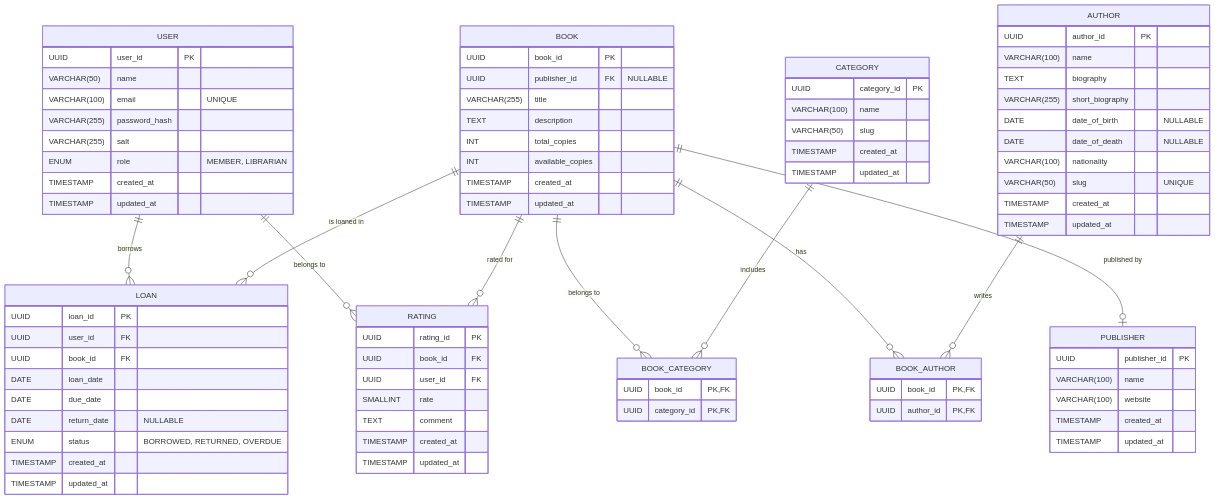
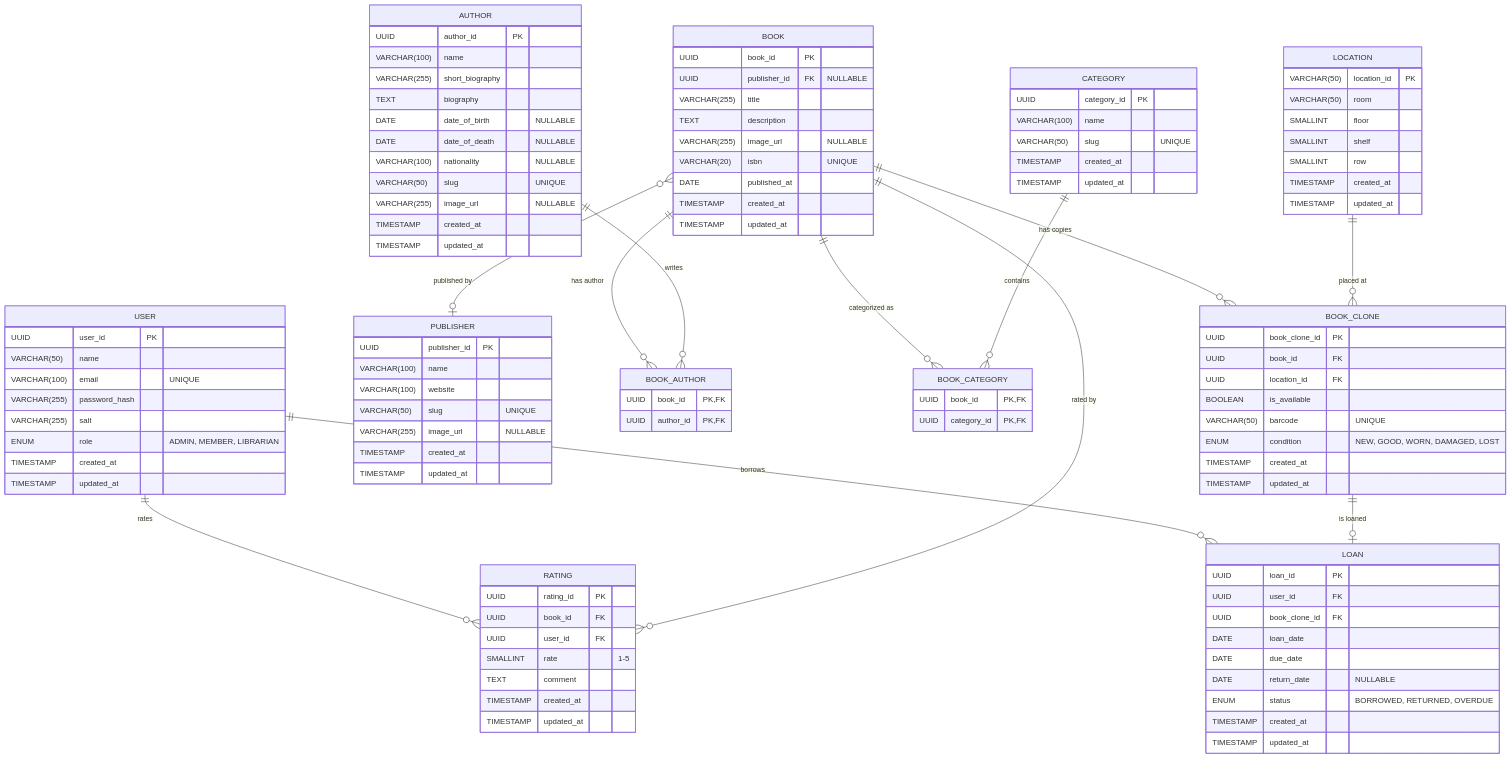
One commit to 2giosangmitom/library-management changed the diagram in README.md. Above: the diagram before and after it, drawn with Mermaid. The commit also changed 122 other files, not shown here.

````diff
--- a/README.md
+++ b/README.md
@@ -14,7 +14,7 @@
     VARCHAR(100) email "UNIQUE"
     VARCHAR(255) password_hash
     VARCHAR(255) salt
-    ENUM role "MEMBER, LIBRARIAN"
+    ENUM role "ADMIN, MEMBER, LIBRARIAN"
     TIMESTAMP created_at
     TIMESTAMP updated_at
   }
@@ -22,7 +22,7 @@
   CATEGORY {
     UUID category_id PK
     VARCHAR(100) name
-    VARCHAR(50) slug
+    VARCHAR(50) slug "UNIQUE"
     TIMESTAMP created_at
     TIMESTAMP updated_at
   }
@@ -30,12 +30,23 @@
   AUTHOR {
     UUID author_id PK
     VARCHAR(100) name
+    VARCHAR(255) short_biography
     TEXT biography
-    VARCHAR(255) short_biography
     DATE date_of_birth "NULLABLE"
     DATE date_of_death "NULLABLE"
-    VARCHAR(100) nationality
+    VARCHAR(100) nationality "NULLABLE"
     VARCHAR(50) slug "UNIQUE"
+    VARCHAR(255) image_url "NULLABLE"
+    TIMESTAMP created_at
+    TIMESTAMP updated_at
+  }
+
+  PUBLISHER {
+    UUID publisher_id PK
+    VARCHAR(100) name
+    VARCHAR(100) website
+    VARCHAR(50) slug "UNIQUE"
+    VARCHAR(255) image_url "NULLABLE"
     TIMESTAMP created_at
     TIMESTAMP updated_at
   }
@@ -45,8 +56,9 @@
     UUID publisher_id FK "NULLABLE"
     VARCHAR(255) title
     TEXT description
-    INT total_copies
-    INT available_copies
+    VARCHAR(255) image_url "NULLABLE"
+    VARCHAR(20) isbn "UNIQUE"
+    DATE published_at
     TIMESTAMP created_at
     TIMESTAMP updated_at
   }
@@ -61,10 +73,23 @@
     UUID category_id PK, FK
   }
 
-  PUBLISHER {
-    UUID publisher_id PK
-    VARCHAR(100) name
-    VARCHAR(100) website
+  LOCATION {
+    VARCHAR(50) location_id PK
+    VARCHAR(50) room
+    SMALLINT floor
+    SMALLINT shelf
+    SMALLINT row
+    TIMESTAMP created_at
+    TIMESTAMP updated_at
+  }
+
+  BOOK_CLONE {
+    UUID book_clone_id PK
+    UUID book_id FK
+    UUID location_id FK
+    BOOLEAN is_available
+    VARCHAR(50) barcode "UNIQUE"
+    ENUM condition "NEW, GOOD, WORN, DAMAGED, LOST"
     TIMESTAMP created_at
     TIMESTAMP updated_at
   }
@@ -72,7 +97,7 @@
   LOAN {
     UUID loan_id PK
     UUID user_id FK
-    UUID book_id FK
+    UUID book_clone_id FK
     DATE loan_date
     DATE due_date
     DATE return_date "NULLABLE"
@@ -85,19 +110,21 @@
     UUID rating_id PK
     UUID book_id FK
     UUID user_id FK
-    SMALLINT rate
+    SMALLINT rate "1-5"
     TEXT comment
     TIMESTAMP created_at
     TIMESTAMP updated_at
   }
 
   USER ||--o{ LOAN: "borrows"
-  BOOK ||--o{ LOAN: "is loaned in"
-  BOOK ||--o{ BOOK_AUTHOR: "has"
-  BOOK ||--o| PUBLISHER: "published by"
+  BOOK_CLONE ||--o| LOAN: "is loaned"
+  BOOK }o--o| PUBLISHER: "published by"
+  BOOK ||--o{ BOOK_AUTHOR: "has author"
   AUTHOR ||--o{ BOOK_AUTHOR: "writes"
-  BOOK ||--o{ BOOK_CATEGORY: "belongs to"
-  CATEGORY ||--o{ BOOK_CATEGORY: "includes"
-  USER ||--o{ RATING: "belongs to"
-  BOOK ||--o{ RATING: "rated for"
+  BOOK ||--o{ BOOK_CATEGORY: "categorized as"
+  CATEGORY ||--o{ BOOK_CATEGORY: "contains"
+  USER ||--o{ RATING: "rates"
+  BOOK ||--o{ RATING: "rated by"
+  BOOK ||--o{ BOOK_CLONE: "has copies"
+  LOCATION ||--o{ BOOK_CLONE: "placed at"
 ```
````
